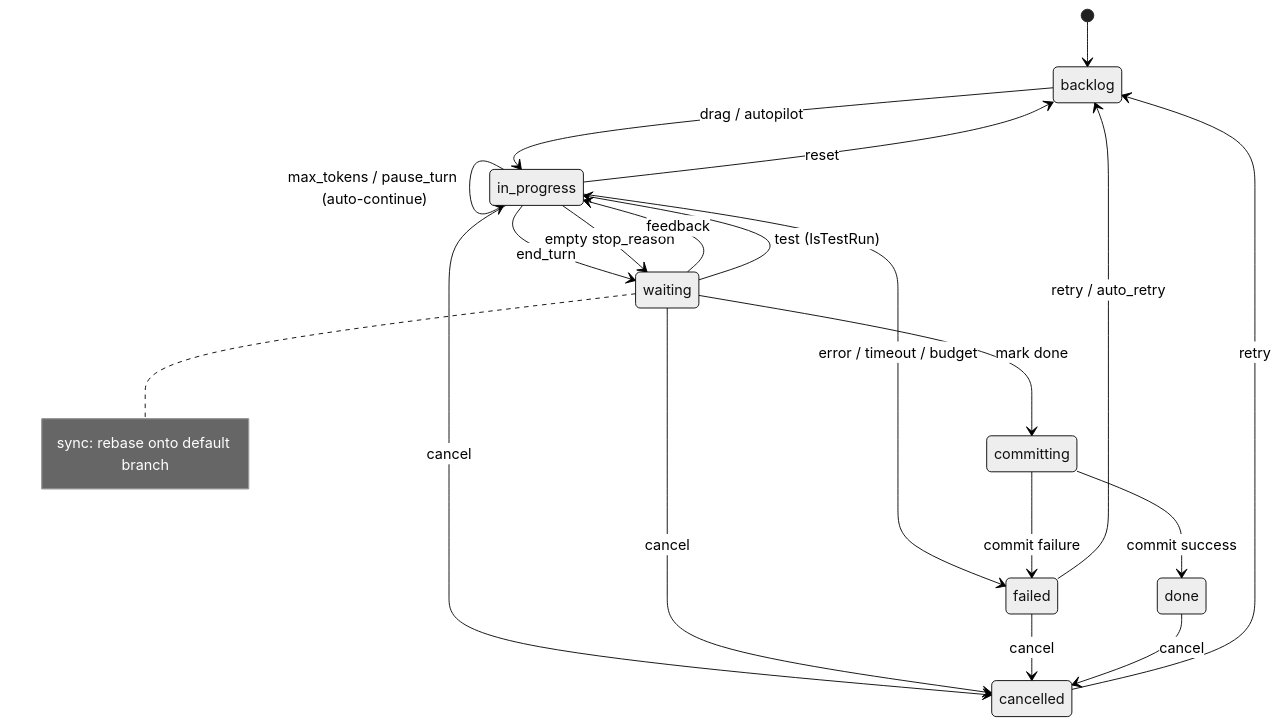
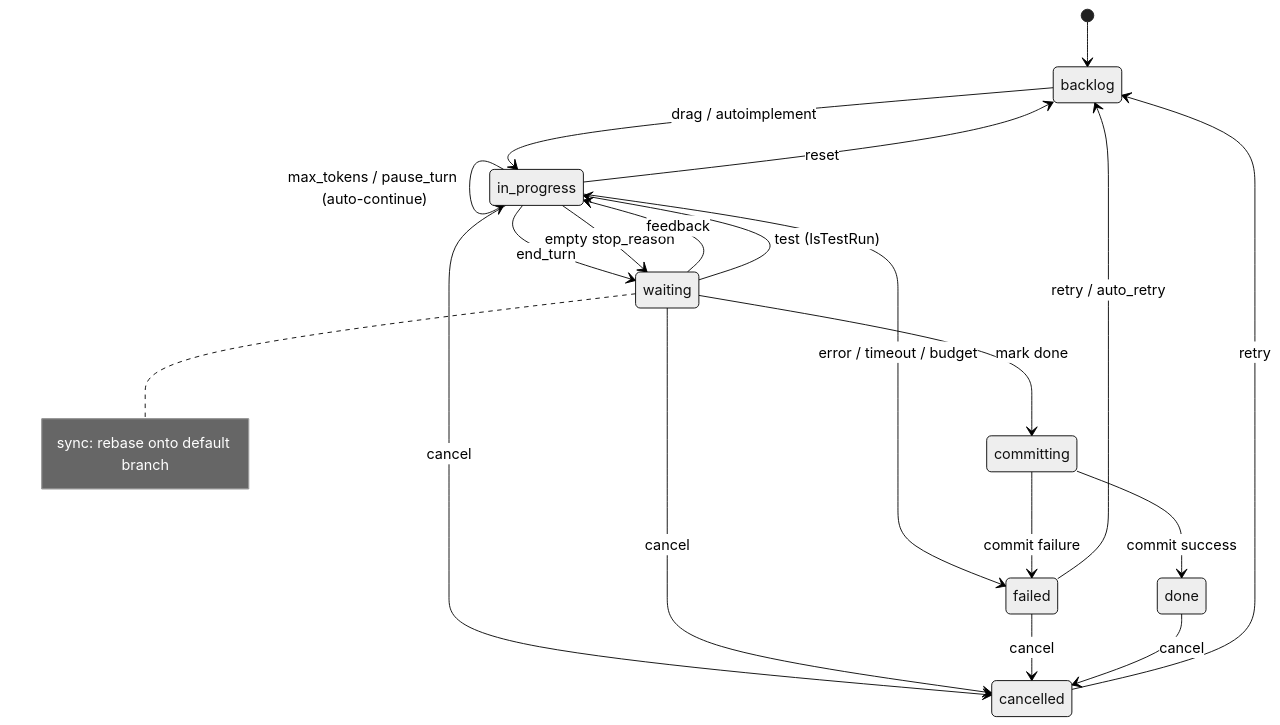
Before and after one commit to changkun/wallfacer: the second of 6 diagrams in docs/internals/architecture.md, drawn with Mermaid (neutral theme). The commit also changed other lines of this file and 60 other files, not shown here.

First line of the commit message:
refactor(autoimplement): rename Autopilot to Autoimplement

````diff
--- a/docs/internals/architecture.md
+++ b/docs/internals/architecture.md
@@ -69,31 +69,31 @@
 ```mermaid
 stateDiagram-v2
     [*] --> backlog
 
-    backlog --> in_progress : drag / autopilot
+    backlog --> in_progress : drag / autoimplement
 
     in_progress --> in_progress : max_tokens / pause_turn (auto-continue)
     in_progress --> waiting : end_turn
     in_progress --> waiting : empty stop_reason
     in_progress --> failed : error / timeout / budget
     in_progress --> backlog : reset
     in_progress --> cancelled : cancel
 
     committing --> done : commit success
     committing --> failed : commit failure
 
     waiting --> in_progress : feedback
     waiting --> in_progress : test (IsTestRun)
     waiting --> committing : mark done
     waiting --> cancelled : cancel
 
     failed --> backlog : retry / auto_retry
     failed --> cancelled : cancel
 
     done --> cancelled : cancel
     cancelled --> backlog : retry
 
     note right of waiting
         sync: rebase onto default branch
     end note
 ```
````
